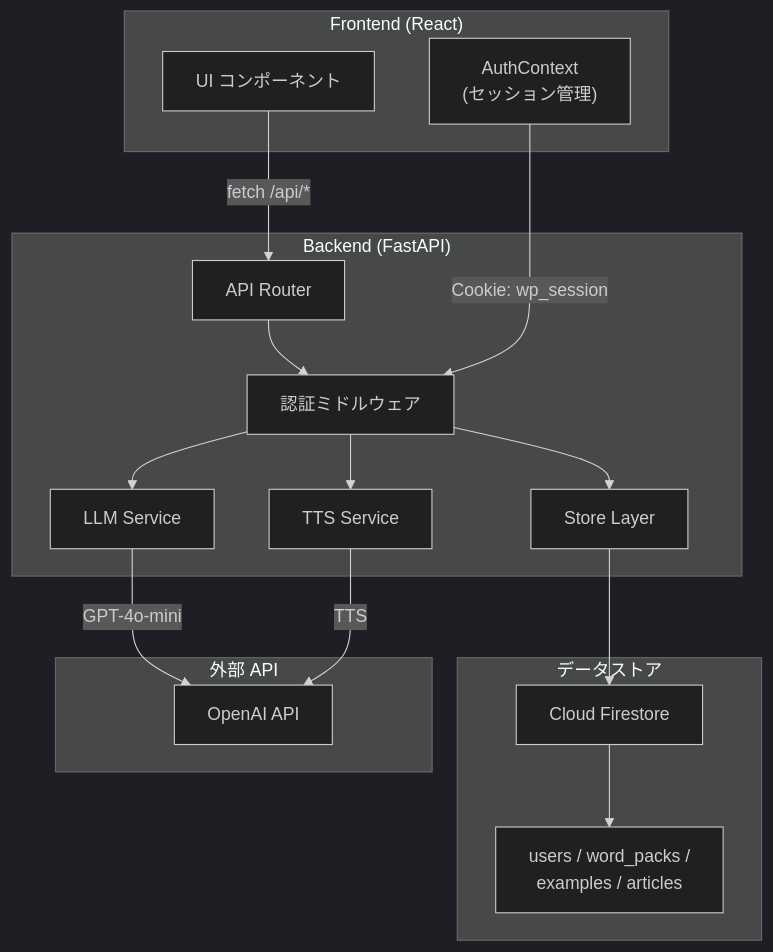
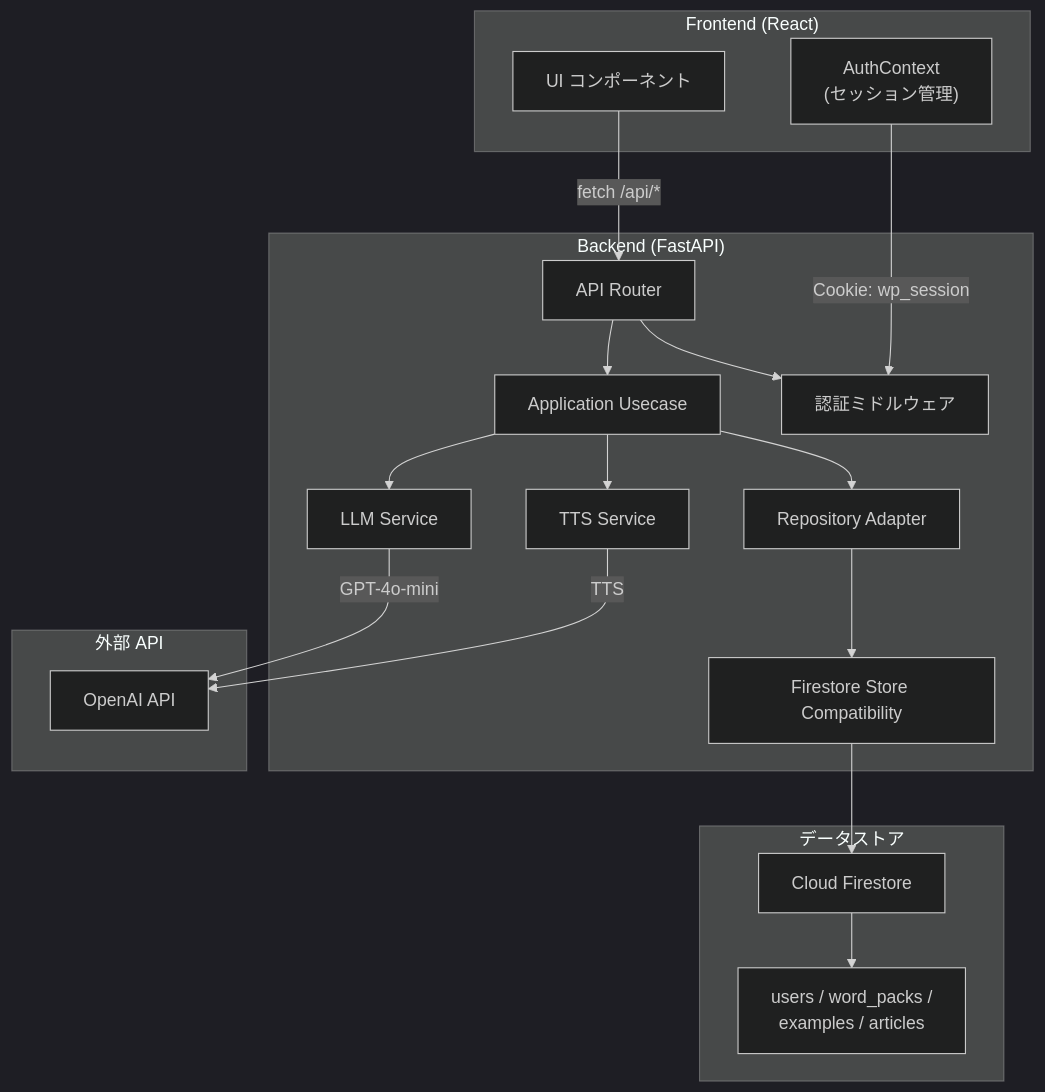
Before and after one commit to RiSEblackbird/wordpack-for-english: the sixth of 6 diagrams in docs/infrastructure.md, drawn with Mermaid (dark theme). The commit also changed other lines of this file and 81 other files, not shown here.

````diff
--- a/docs/infrastructure.md
+++ b/docs/infrastructure.md
@@ -263,35 +263,39 @@
 ```mermaid
 flowchart TB
     subgraph Frontend["Frontend (React)"]
         UI["UI コンポーネント"]
         AuthContext["AuthContext<br/>(セッション管理)"]
     end
 
     subgraph Backend["Backend (FastAPI)"]
         Router["API Router"]
+        Usecase["Application Usecase"]
         Auth["認証ミドルウェア"]
         LLMService["LLM Service"]
         TTSService["TTS Service"]
-        Store["Store Layer"]
+        Repository["Repository Adapter"]
+        Store["Firestore Store Compatibility"]
     end
 
     subgraph Data["データストア"]
         Firestore["Cloud Firestore"]
         Collections["users / word_packs /<br/>examples / articles"]
     end
 
     subgraph External["外部 API"]
         OpenAI["OpenAI API"]
     end
 
     UI -->|fetch /api/*| Router
     Router --> Auth
-    Auth --> LLMService
-    Auth --> TTSService
-    Auth --> Store
+    Router --> Usecase
+    Usecase --> LLMService
+    Usecase --> TTSService
+    Usecase --> Repository
+    Repository --> Store
     LLMService -->|GPT-4o-mini| OpenAI
     TTSService -->|TTS| OpenAI
     Store --> Firestore
     Firestore --> Collections
     AuthContext -->|Cookie: wp_session| Auth
 ```
````
